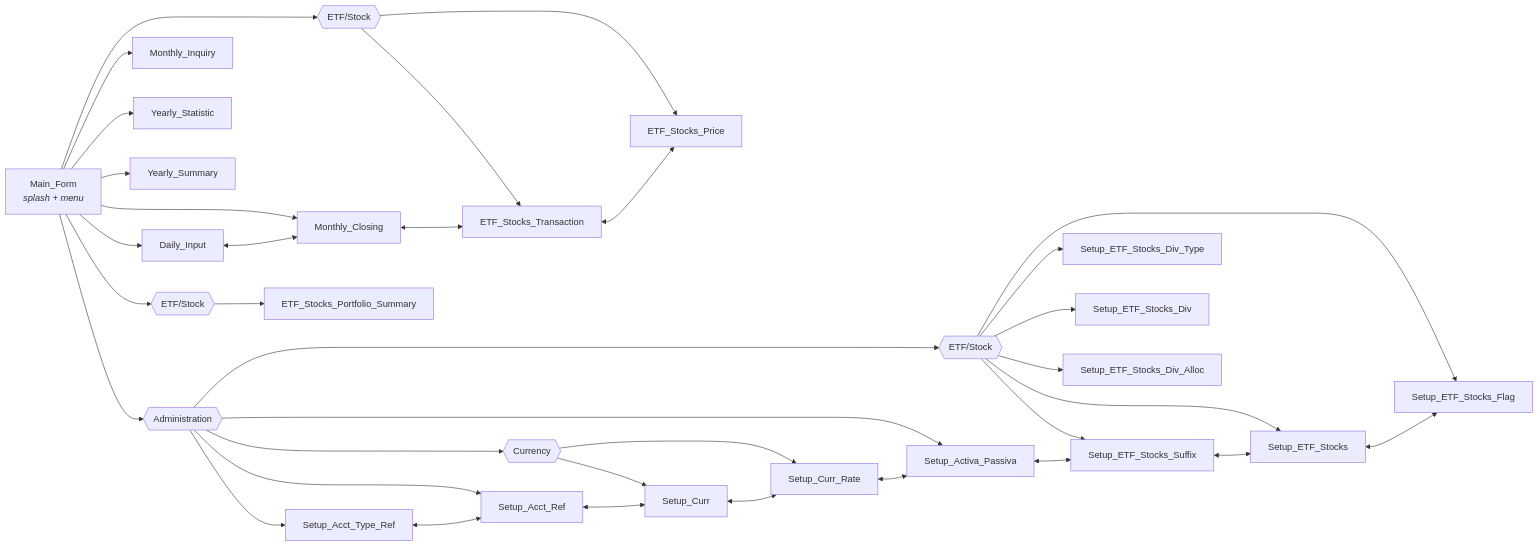
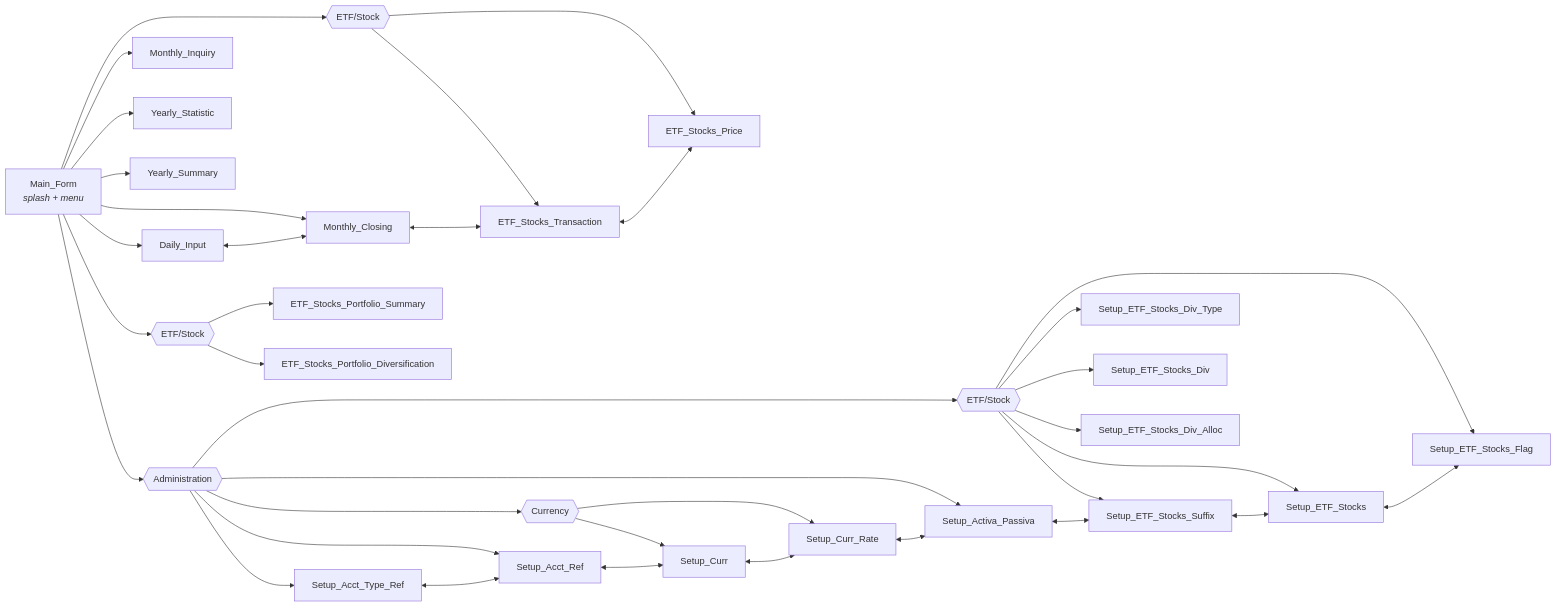
One commit to oscar-rijadi/FinancialBalance changed the second of 3 diagrams in README.md. Above: the diagram before and after it, drawn with Mermaid. The commit also changed other lines of this file and 35 other files, not shown here.

Commit message:
Implement Pie Chart of Stock Diversification

````diff
--- a/README.md
+++ b/README.md
@@ -101,42 +101,43 @@
 ```mermaid
 flowchart LR
     MAIN["Main_Form<br/><i>splash + menu</i>"]
 
     MAIN --> DI["Daily_Input"]
     MAIN --> MC["Monthly_Closing"]
     MAIN --> PETFG{{"ETF/Stock"}}
     PETFG --> ETX["ETF_Stocks_Transaction"]
     PETFG --> ETP["ETF_Stocks_Price"]
     MAIN --> MI["Monthly_Inquiry"]
     MAIN --> YT["Yearly_Statistic"]
     MAIN --> YS["Yearly_Summary"]
     MAIN --> PORTG{{"ETF/Stock"}}
     PORTG --> PSUM["ETF_Stocks_Portfolio_Summary"]
+    PORTG --> PDIV["ETF_Stocks_Portfolio_Diversification"]
 
     MAIN --> ADMIN{{"Administration"}}
     ADMIN --> SATR["Setup_Acct_Type_Ref"]
     ADMIN --> SAR["Setup_Acct_Ref"]
     ADMIN --> CURG{{"Currency"}}
     CURG --> SC["Setup_Curr"]
     CURG --> SCR["Setup_Curr_Rate"]
     ADMIN --> SAP["Setup_Activa_Passiva"]
     ADMIN --> ETFG{{"ETF/Stock"}}
     ETFG --> SES["Setup_ETF_Stocks_Suffix"]
     ETFG --> SET["Setup_ETF_Stocks"]
     ETFG --> SEF["Setup_ETF_Stocks_Flag"]
     ETFG --> SDT["Setup_ETF_Stocks_Div_Type"]
     ETFG --> SDV["Setup_ETF_Stocks_Div"]
     ETFG --> SDA["Setup_ETF_Stocks_Div_Alloc"]
 
     DI <--> MC
     MC <--> ETX
     ETX <--> ETP
 
     SATR <--> SAR
     SAR <--> SC
     SC <--> SCR
     SCR <--> SAP
     SAP <--> SES
     SES <--> SET
     SET <--> SEF
 ```
````
